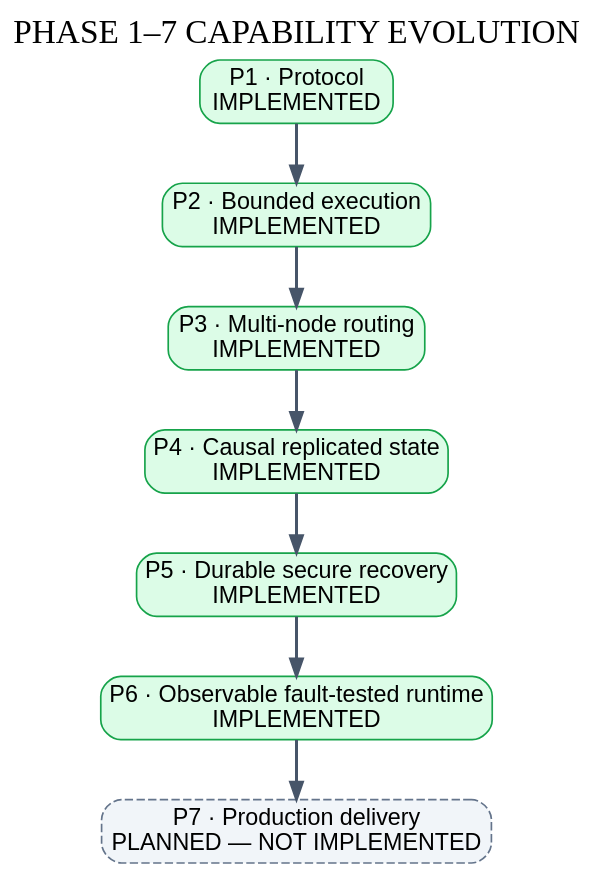
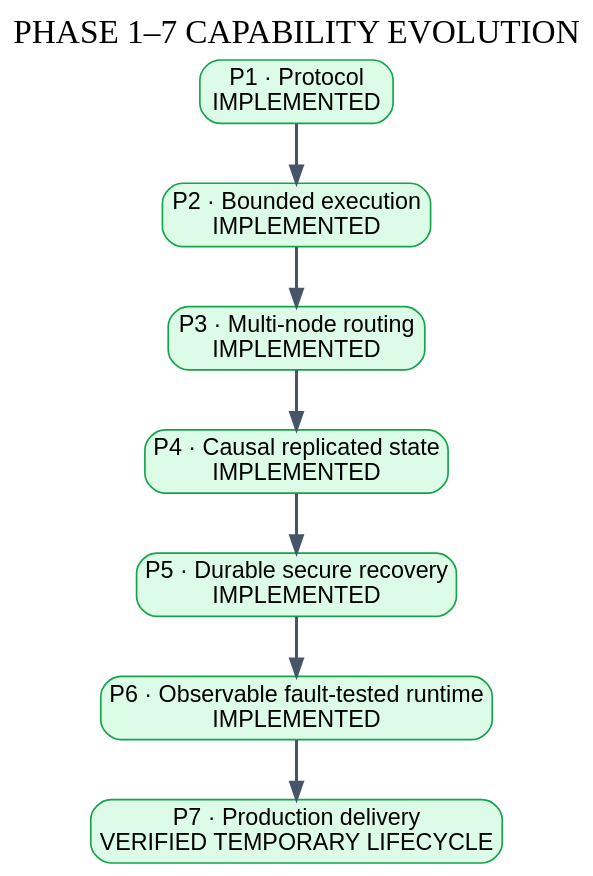
Before and after one commit to Parmodk2310/Advanced-Distributed-System: the diagram in docs/architecture/assets/phase1-7-evolution.dot, drawn with Graphviz. The commit also changed 15 other files, not shown here.

```diff
--- a/docs/architecture/assets/phase1-7-evolution.dot
+++ b/docs/architecture/assets/phase1-7-evolution.dot
@@ -1,13 +1,13 @@
 digraph Evolution {
   graph [rankdir=TB, bgcolor="transparent", label="PHASE 1–7 CAPABILITY EVOLUTION", labelloc=t, fontname="Arial Bold", fontsize=20, pad=0.3];
   node [shape=box, style="rounded,filled", fontname="Arial", color="#16A34A", fillcolor="#DCFCE7"];
   edge [color="#475569", penwidth=1.8];
   p1 [label="P1 · Protocol\nIMPLEMENTED"];
   p2 [label="P2 · Bounded execution\nIMPLEMENTED"];
   p3 [label="P3 · Multi-node routing\nIMPLEMENTED"];
   p4 [label="P4 · Causal replicated state\nIMPLEMENTED"];
   p5 [label="P5 · Durable secure recovery\nIMPLEMENTED"];
   p6 [label="P6 · Observable fault-tested runtime\nIMPLEMENTED"];
-  p7 [label="P7 · Production delivery\nPLANNED — NOT IMPLEMENTED", color="#64748B", fillcolor="#F1F5F9", style="rounded,filled,dashed"];
+  p7 [label="P7 · Production delivery\nVERIFIED TEMPORARY LIFECYCLE"];
   p1 -> p2 -> p3 -> p4 -> p5 -> p6 -> p7;
 }
```
